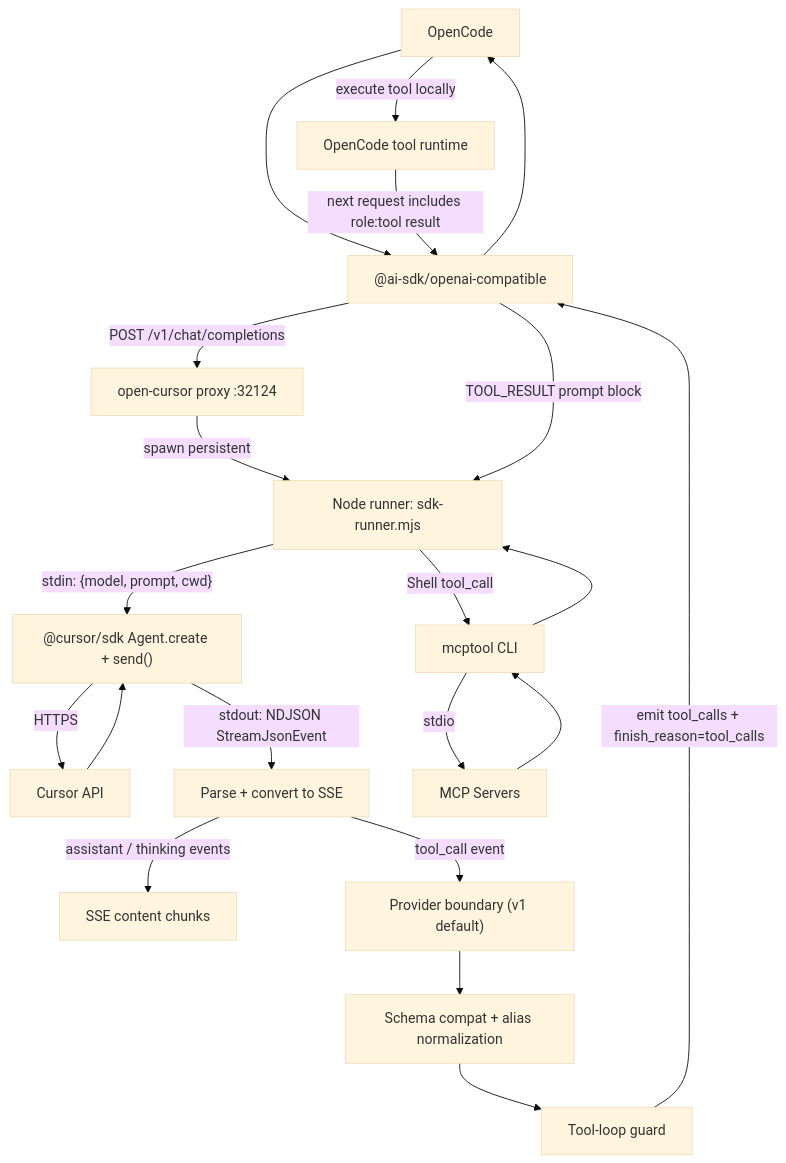
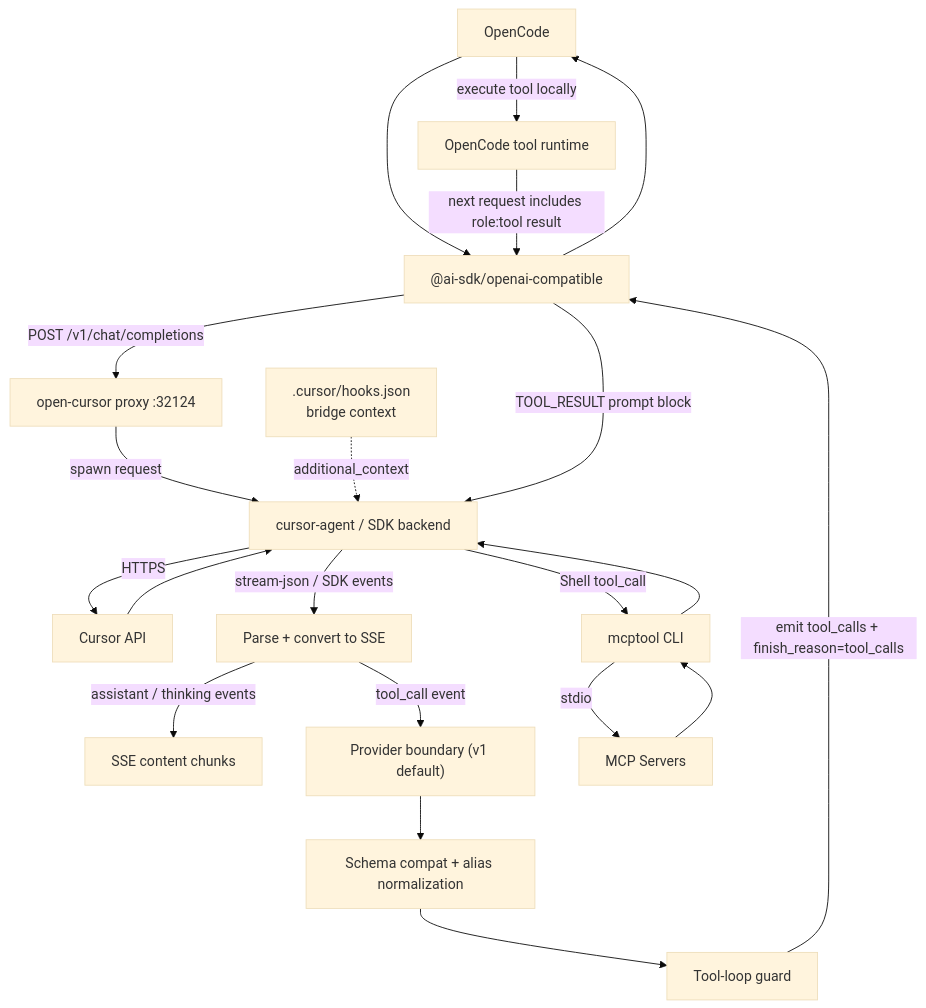
Before and after one commit to Nomadcxx/opencode-cursor: the first of 2 diagrams in README.md, drawn with Mermaid (base theme). The commit also changed other lines of this file and 19 other files, not shown here.

````diff
--- a/README.md
+++ b/README.md
@@ -183,26 +158,26 @@
 ```mermaid
 flowchart TB
     OC["OpenCode"] --> SDK["@ai-sdk/openai-compatible"]
     SDK -->|"POST /v1/chat/completions"| PROXY["open-cursor proxy :32124"]
-    PROXY -->|"spawn persistent"| RUNNER["Node runner: sdk-runner.mjs"]
-    RUNNER -->|"stdin: {model, prompt, cwd}"| CURSORSDK["@cursor/sdk Agent.create + send()"]
-    CURSORSDK -->|"HTTPS"| CURSOR["Cursor API"]
-    CURSOR --> CURSORSDK
+    PROXY -->|"spawn request"| BACKEND["cursor-agent / SDK backend"]
+    HOOK[".cursor/hooks.json\nbridge context"] -. "additional_context" .-> BACKEND
+    BACKEND -->|"HTTPS"| CURSOR["Cursor API"]
+    CURSOR --> BACKEND
 
-    CURSORSDK -->|"stdout: NDJSON StreamJsonEvent"| PARSER["Parse + convert to SSE"]
+    BACKEND -->|"stream-json / SDK events"| PARSER["Parse + convert to SSE"]
     PARSER -->|"assistant / thinking events"| SSE["SSE content chunks"]
     PARSER -->|"tool_call event"| BOUNDARY["Provider boundary (v1 default)"]
     BOUNDARY --> COMPAT["Schema compat + alias normalization"]
     COMPAT --> GUARD["Tool-loop guard"]
     GUARD -->|"emit tool_calls + finish_reason=tool_calls"| SDK
     SDK --> OC
 
     OC -->|"execute tool locally"| TOOLRUN["OpenCode tool runtime"]
     TOOLRUN -->|"next request includes role:tool result"| SDK
-    SDK -->|"TOOL_RESULT prompt block"| RUNNER
+    SDK -->|"TOOL_RESULT prompt block"| BACKEND
 
-    RUNNER -->|"Shell tool_call"| MCPTOOL["mcptool CLI"]
+    BACKEND -->|"Shell tool_call"| MCPTOOL["mcptool CLI"]
     MCPTOOL -->|"stdio"| MCP["MCP Servers"]
     MCP --> MCPTOOL
-    MCPTOOL --> RUNNER
+    MCPTOOL --> BACKEND
 ```
````
